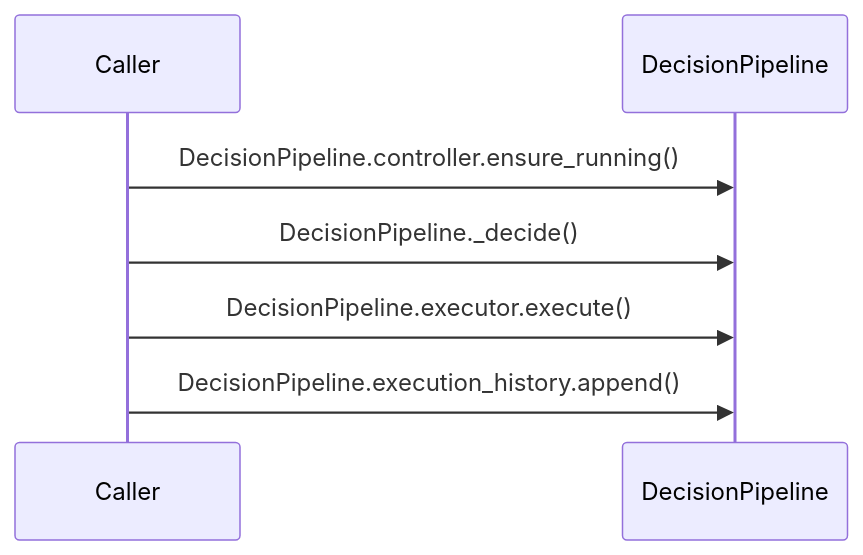
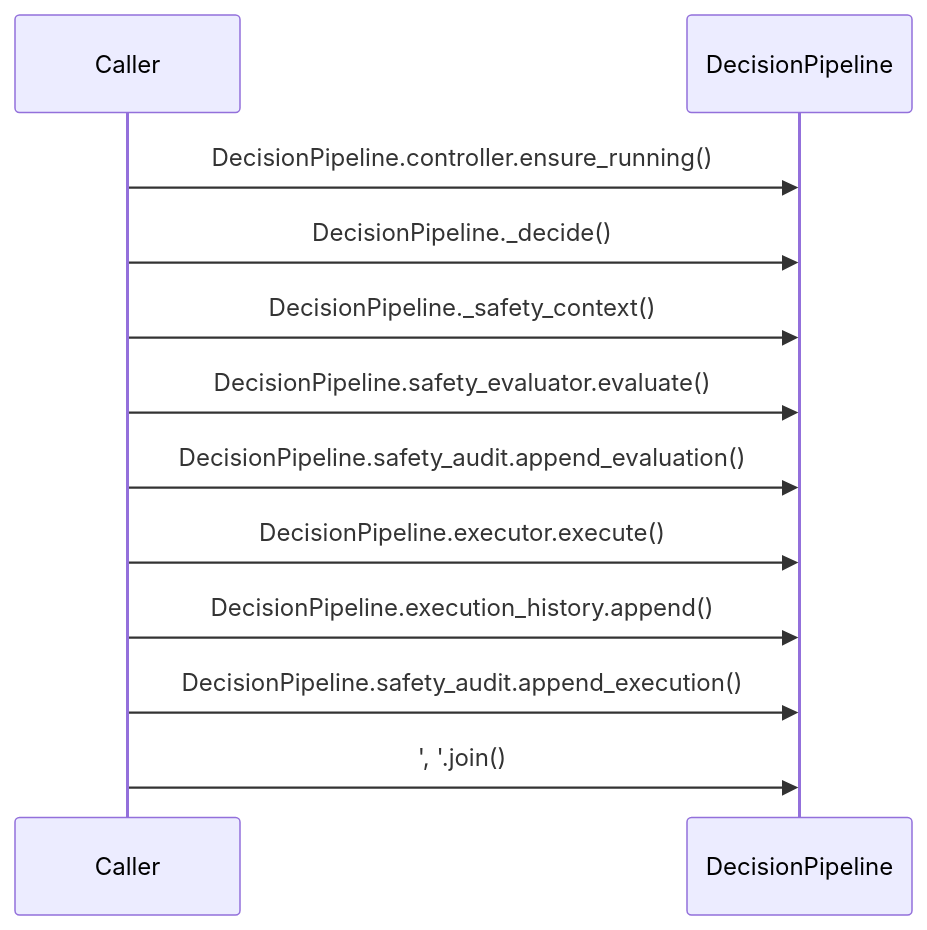
One commit to tomiya7688/AI_game_player changed the diagram in doc/sequence_diagram.mmd. Above: the diagram before and after it, drawn with Mermaid.

Commit message:
Regenerate execution sequence diagram

```diff
--- a/doc/sequence_diagram.mmd
+++ b/doc/sequence_diagram.mmd
@@ -1,7 +1,12 @@
 sequenceDiagram
     participant caller as Caller
     participant target as DecisionPipeline
     caller->>target: DecisionPipeline.controller.ensure_running()
     caller->>target: DecisionPipeline._decide()
+    caller->>target: DecisionPipeline._safety_context()
+    caller->>target: DecisionPipeline.safety_evaluator.evaluate()
+    caller->>target: DecisionPipeline.safety_audit.append_evaluation()
     caller->>target: DecisionPipeline.executor.execute()
     caller->>target: DecisionPipeline.execution_history.append()
+    caller->>target: DecisionPipeline.safety_audit.append_execution()
+    caller->>target: ', '.join()
```
